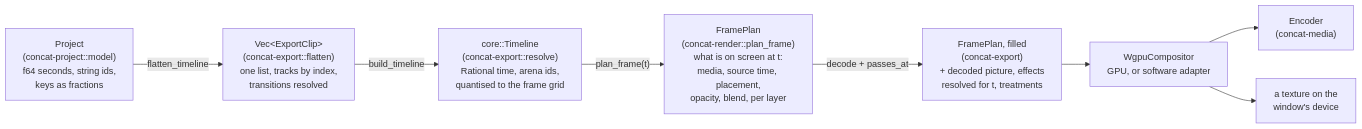
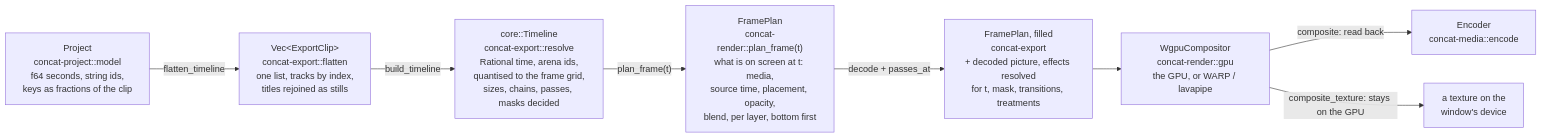
The second of 12 diagrams in ARCHITECTURE.md (jub0t/Concat), drawn with Mermaid before and after one commit. The commit also changed other lines of this file, not shown here.

````diff
--- a/ARCHITECTURE.md
+++ b/ARCHITECTURE.md
@@ -70,19 +116,19 @@
 ```mermaid
 flowchart LR
-    doc["Project<br/>(concat-project::model)<br/>f64 seconds, string ids,<br/>keys as fractions"]
-    flat["Vec&lt;ExportClip&gt;<br/>(concat-export::flatten)<br/>one list, tracks by index,<br/>transitions resolved"]
-    tl["core::Timeline<br/>(concat-export::resolve)<br/>Rational time, arena ids,<br/>quantised to the frame grid"]
-    plan["FramePlan<br/>(concat-render::plan_frame)<br/>what is on screen at t:<br/>media, source time, placement,<br/>opacity, blend, per layer"]
-    filled["FramePlan, filled<br/>(concat-export)<br/>+ decoded picture, effects<br/>resolved for t, treatments"]
-    gpu["WgpuCompositor<br/>GPU, or software adapter"]
-    enc["Encoder<br/>(concat-media)"]
+    doc["Project<br/>concat-project::model<br/>f64 seconds, string ids,<br/>keys as fractions of the clip"]
+    flat["Vec&lt;ExportClip&gt;<br/>concat-export::flatten<br/>one list, tracks by index,<br/>titles rejoined as stills"]
+    tl["core::Timeline<br/>concat-export::resolve<br/>Rational time, arena ids,<br/>quantised to the frame grid,<br/>sizes, chains, passes, masks decided"]
+    plan["FramePlan<br/>concat-render::plan_frame(t)<br/>what is on screen at t: media,<br/>source time, placement, opacity,<br/>blend, per layer, bottom first"]
+    filled["FramePlan, filled<br/>concat-export<br/>+ decoded picture, effects resolved<br/>for t, mask, transitions, treatments"]
+    gpu["WgpuCompositor<br/>concat-render::gpu<br/>the GPU, or WARP / lavapipe"]
+    enc["Encoder<br/>concat-media::encode"]
     tex["a texture on the<br/>window's device"]
 
     doc -- "flatten_timeline" --> flat
     flat -- "build_timeline" --> tl
     tl -- "plan_frame(t)" --> plan
     plan -- "decode + passes_at" --> filled
     filled --> gpu
-    gpu --> enc
-    gpu --> tex
+    gpu -- "composite: read back" --> enc
+    gpu -- "composite_texture: stays on the GPU" --> tex
 ```
````
